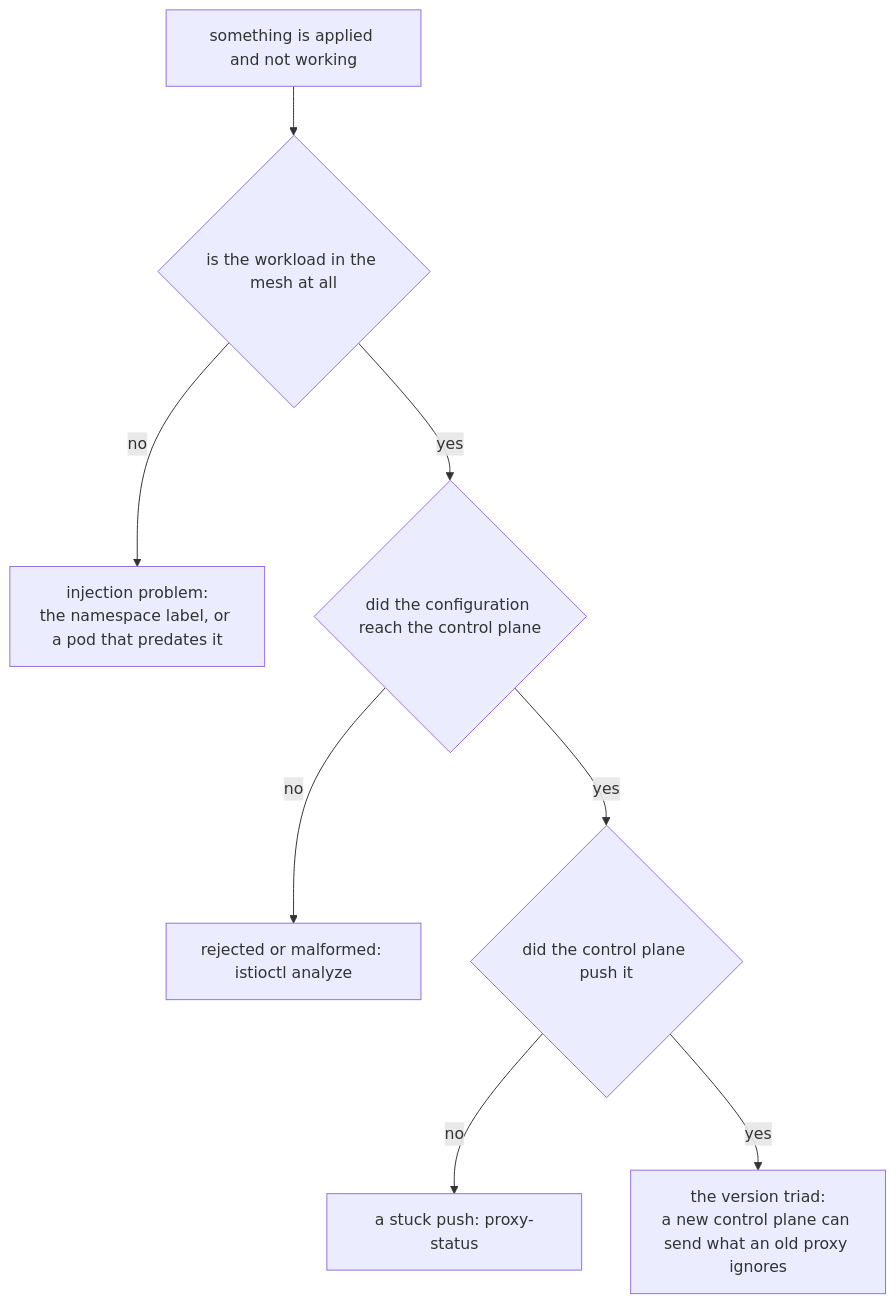
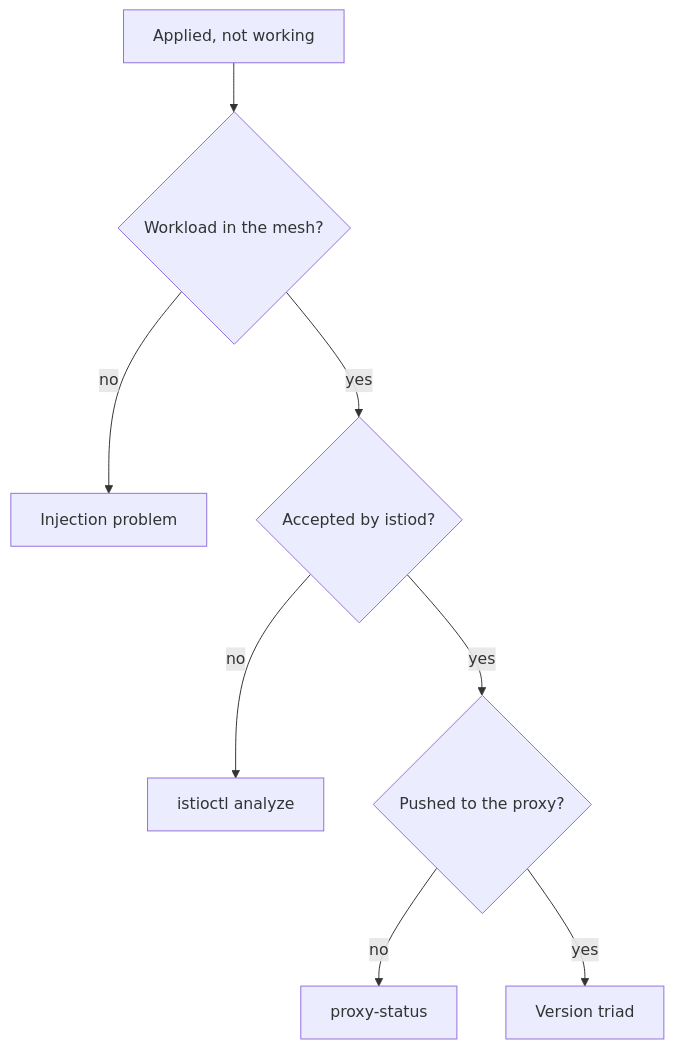
Before and after one commit to astrona-io/ATS013: the second of 2 diagrams in sections/section-010/module-01/course-03-injection-and-version-alignment.md, drawn with Mermaid. The commit also changed other lines of this file and 24 other files, not shown here.

````diff
--- a/sections/section-010/module-01/course-03-injection-and-version-alignment.md
+++ b/sections/section-010/module-01/course-03-injection-and-version-alignment.md
@@ -137,10 +160,10 @@
 ```mermaid
-flowchart TD
-    S["something is applied and not working"] --> L1{"is the workload in the mesh at all"}
-    L1 -->|"no"| F1["injection problem:<br/>the namespace label, or a pod that predates it"]
-    L1 -->|"yes"| L2{"did the configuration reach the control plane"}
-    L2 -->|"no"| F2["rejected or malformed: istioctl analyze"]
-    L2 -->|"yes"| L3{"did the control plane push it"}
-    L3 -->|"no"| F3["a stuck push: proxy-status"]
-    L3 -->|"yes"| L4["the version triad:<br/>a new control plane can send what an old proxy ignores"]
+flowchart TB
+    S["Applied, not working"] --> L1{"Workload in the mesh?"}
+    L1 -->|"no"| F1["Injection problem"]
+    L1 -->|"yes"| L2{"Accepted by istiod?"}
+    L2 -->|"no"| F2["istioctl analyze"]
+    L2 -->|"yes"| L3{"Pushed to the proxy?"}
+    L3 -->|"no"| F3["proxy-status"]
+    L3 -->|"yes"| L4["Version triad"]
 ```
````
